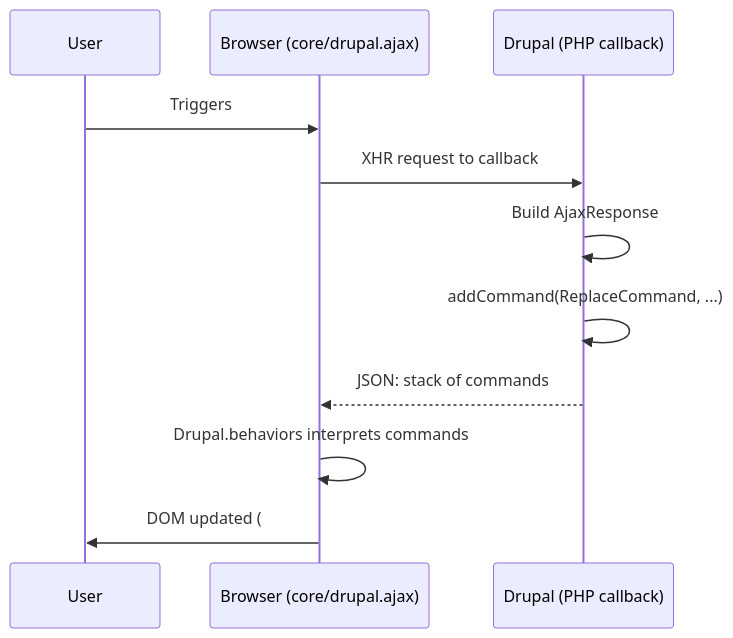
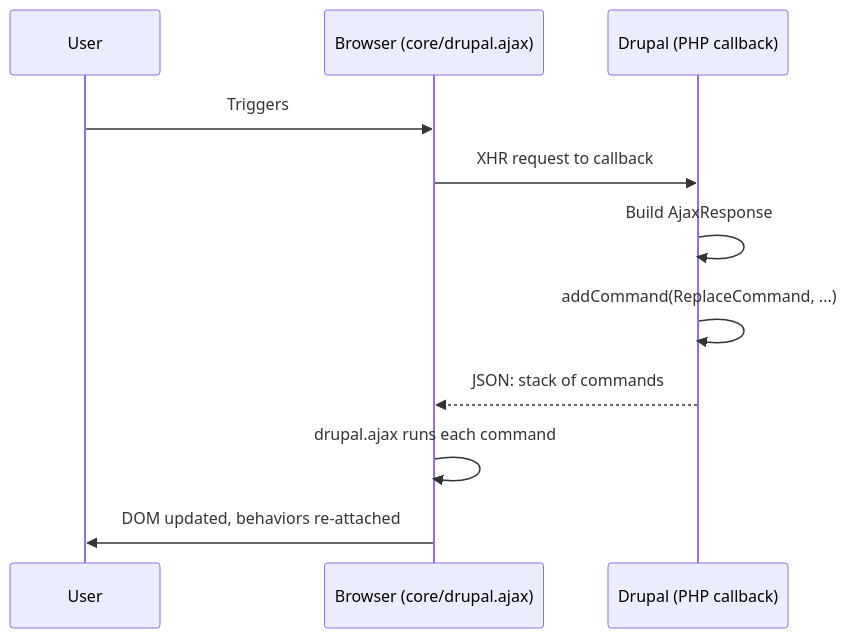
The first of 2 diagrams in docs/3-ajax-api-pain-points.md (RChaubey16/drupalcon-rotterdam-session), drawn with Mermaid before and after one commit. The commit also changed other lines of this file and 7 other files, not shown here.

````diff
--- a/docs/3-ajax-api-pain-points.md
+++ b/docs/3-ajax-api-pain-points.md
@@ -14,14 +14,14 @@
 ```mermaid
 sequenceDiagram
     participant U as User
     participant B as Browser (core/drupal.ajax)
     participant S as Drupal (PHP callback)
 
     U->>B: Triggers #ajax event (change/click)
     B->>S: XHR request to callback
     S->>S: Build AjaxResponse
     S->>S: addCommand(ReplaceCommand, ...)
     S-->>B: JSON: stack of commands
-    B->>B: Drupal.behaviors interprets commands
-    B->>U: DOM updated (#results-wrapper replaced)
+    B->>B: drupal.ajax runs each command
+    B->>U: DOM updated, behaviors re-attached
 ```
````
